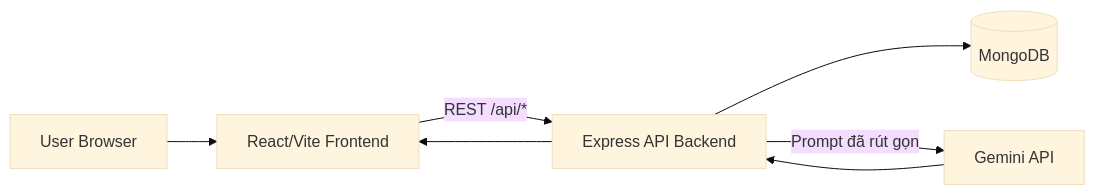
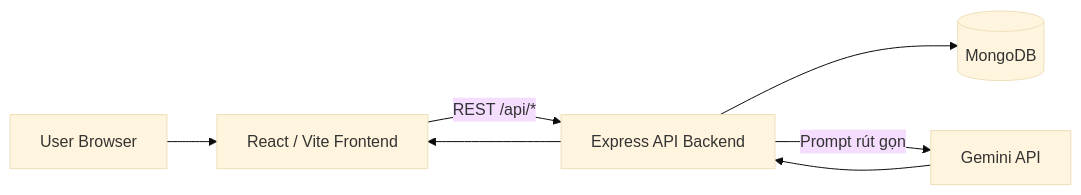
The first of 6 diagrams in ecommerce/PROJECT_SUMMARY.md (QuangFabbier/DATN), drawn with Mermaid (base theme) before and after one commit. The commit also changed other lines of this file and 108 other files, not shown here.

````diff
--- a/ecommerce/PROJECT_SUMMARY.md
+++ b/ecommerce/PROJECT_SUMMARY.md
@@ -58,15 +66,15 @@
 ```mermaid
 flowchart LR
   U[User Browser]
-  FE[React/Vite Frontend]
+  FE[React / Vite Frontend]
   BE[Express API Backend]
   DB[(MongoDB)]
   AI[Gemini API]
 
   U --> FE
   FE -->|REST /api/*| BE
   BE --> DB
-  BE -->|Prompt đã rút gọn| AI
+  BE -->|Prompt rút gọn| AI
   AI --> BE
   BE --> FE
 ```
````
